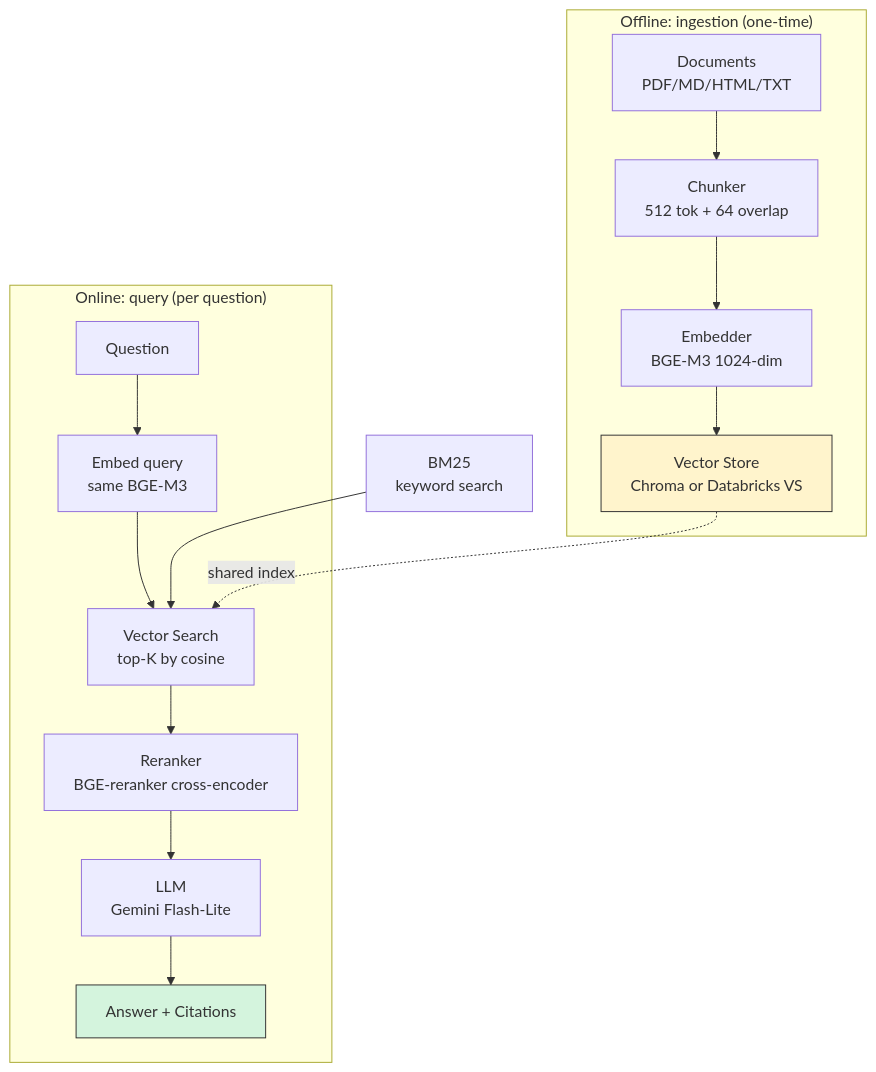
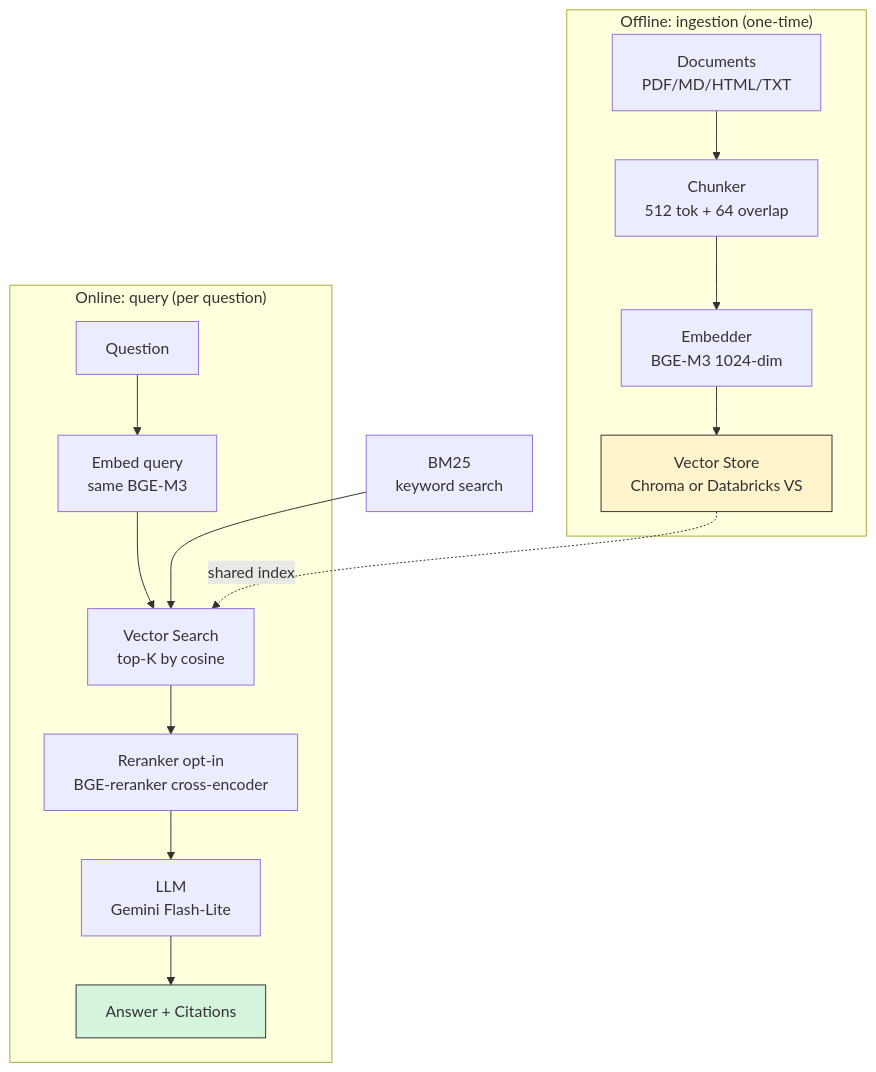
One commit to franco18min/rag-docs changed the diagram in docs/diagrams/architecture.md. Above: the diagram before and after it, drawn with Mermaid. The commit also changed other lines of this file and 10 other files, not shown here.

````diff
--- a/docs/diagrams/architecture.md
+++ b/docs/diagrams/architecture.md
@@ -100,23 +100,23 @@
 ```mermaid
 flowchart TB
     subgraph offline["Offline: ingestion (one-time)"]
         A[Documents<br/>PDF/MD/HTML/TXT] --> B[Chunker<br/>512 tok + 64 overlap]
         B --> C[Embedder<br/>BGE-M3 1024-dim]
         C --> D[Vector Store<br/>Chroma or Databricks VS]
     end
 
     subgraph online["Online: query (per question)"]
         E[Question] --> F[Embed query<br/>same BGE-M3]
         F --> G[Vector Search<br/>top-K by cosine]
-        G --> H[Reranker<br/>BGE-reranker cross-encoder]
+        G --> H[Reranker opt-in<br/>BGE-reranker cross-encoder]
         H --> I[LLM<br/>Gemini Flash-Lite]
         I --> J[Answer + Citations]
     end
 
     D -. shared index .-> G
 
     K[BM25<br/>keyword search] --> G
 
     style D fill:#fff4cc,stroke:#333
     style J fill:#d4f4dd,stroke:#333
 ```
````
